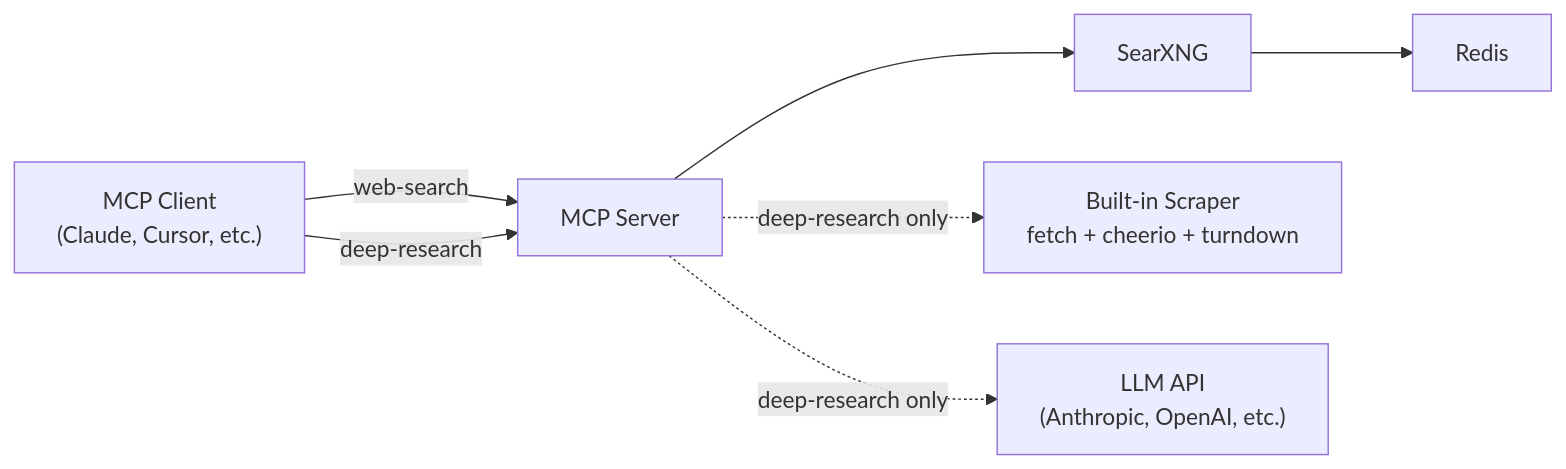
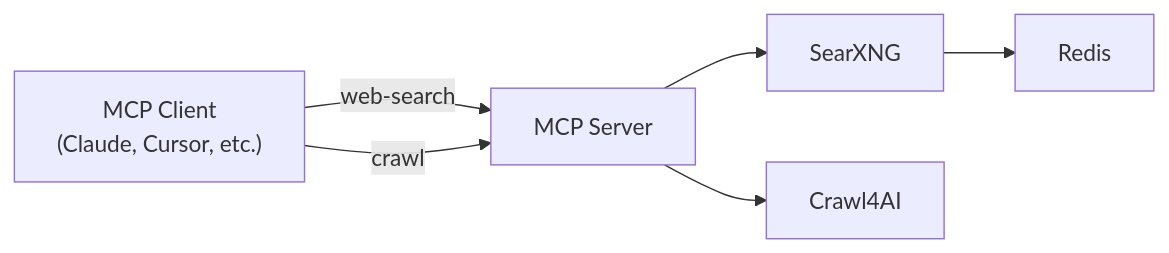
One commit to arnaudjnn/web-search-mcp changed the diagram in README.md. Above: the diagram before and after it, drawn with Mermaid. The commit also changed other lines of this file and 18 other files, not shown here.

First line of the commit message:
Remove deep-research tool and all exclusive dependencies

````diff
--- a/README.md
+++ b/README.md
@@ -7,9 +7,8 @@
 ```mermaid
 graph LR
     Client["MCP Client<br/>(Claude, Cursor, etc.)"] -->|web-search| Server["MCP Server"]
-    Client -->|deep-research| Server
+    Client -->|crawl| Server
     Server --> SearXNG
     SearXNG --> Redis
-    Server -.->|deep-research only| Scraper["Built-in Scraper<br/>fetch + cheerio + turndown"]
-    Server -.->|deep-research only| LLM["LLM API<br/>(Anthropic, OpenAI, etc.)"]
+    Server --> Crawl4AI
 ```
````
